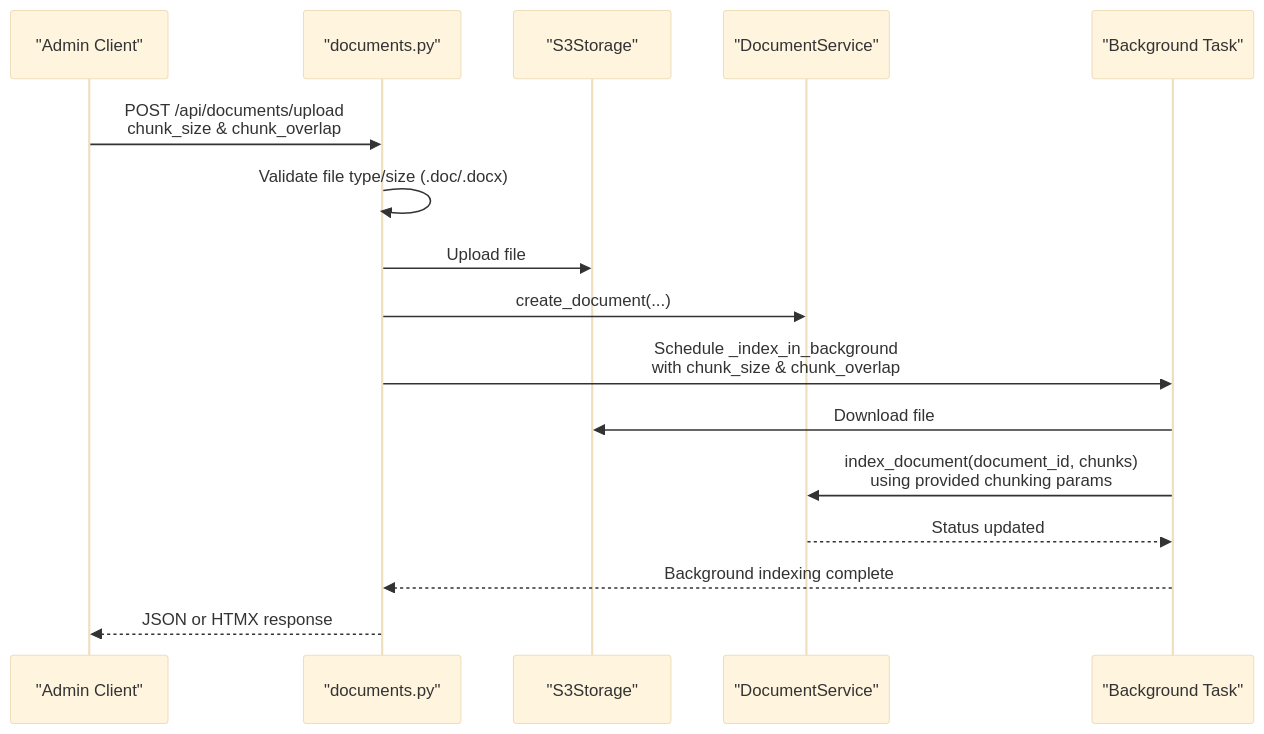
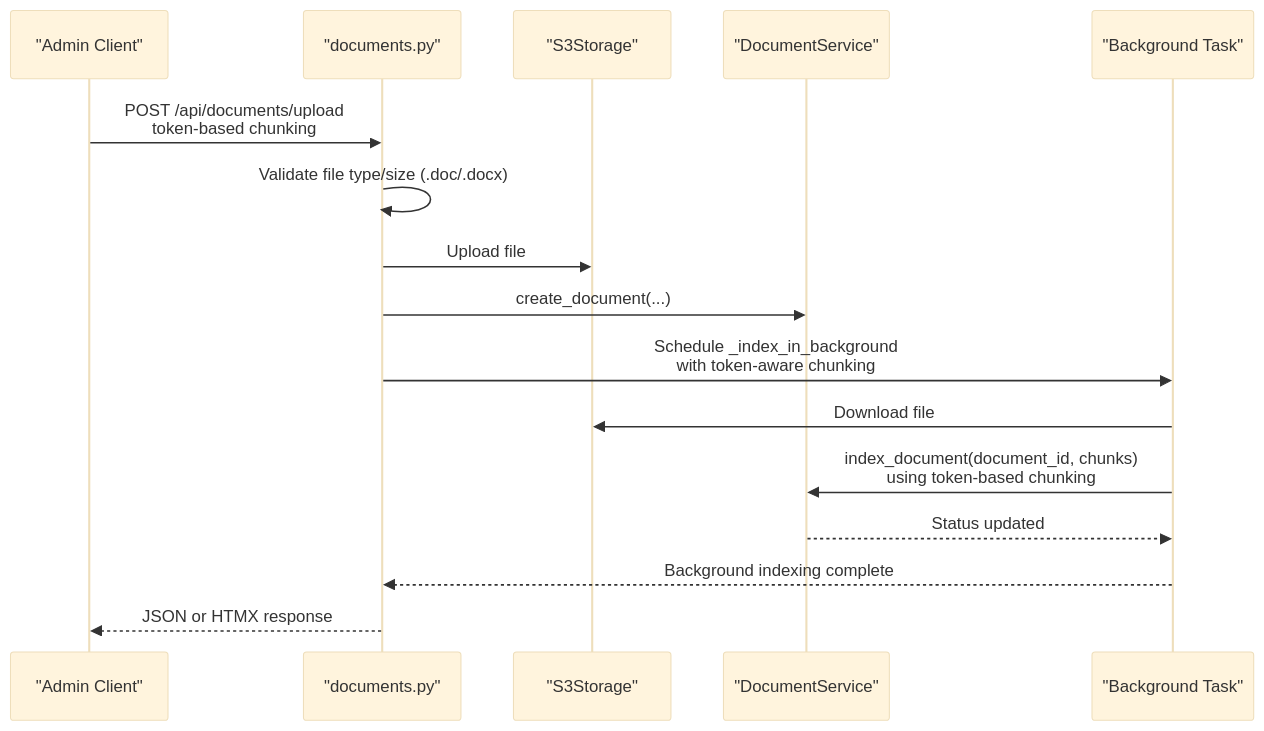
One commit to ognelis/cafetera_hr_bot changed diagram 12 of 13 in .qoder/repowiki/en/content/RAG Integration/RAG Parser Enhancement.md. Above: the diagram before and after it, drawn with Mermaid (base theme). The commit also changed other lines of this file and 8 other files, not shown here.

````diff
--- a/.qoder/repowiki/en/content/RAG Integration/RAG Parser Enhancement.md
+++ b/.qoder/repowiki/en/content/RAG Integration/RAG Parser Enhancement.md
@@ -459,18 +454,18 @@
 ```mermaid
 sequenceDiagram
 participant Client as "Admin Client"
 participant API as "documents.py"
 participant S3 as "S3Storage"
 participant Service as "DocumentService"
 participant BG as "Background Task"
-Client->>API : POST /api/documents/upload<br/>chunk_size & chunk_overlap
+Client->>API : POST /api/documents/upload<br/>token-based chunking
 API->>API : Validate file type/size (.doc/.docx)
 API->>S3 : Upload file
 API->>Service : create_document(...)
-API->>BG : Schedule _index_in_background<br/>with chunk_size & chunk_overlap
+API->>BG : Schedule _index_in_background<br/>with token-aware chunking
 BG->>S3 : Download file
-BG->>Service : index_document(document_id, chunks)<br/>using provided chunking params
+BG->>Service : index_document(document_id, chunks)<br/>using token-based chunking
 Service-->>BG : Status updated
 BG-->>API : Background indexing complete
 API-->>Client : JSON or HTMX response
 ```
````
